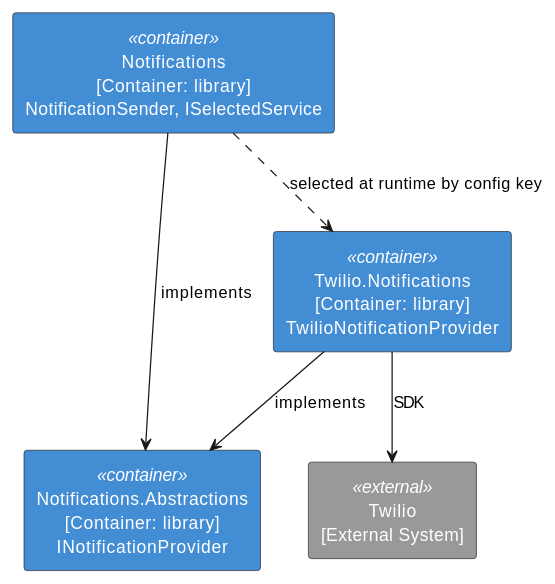
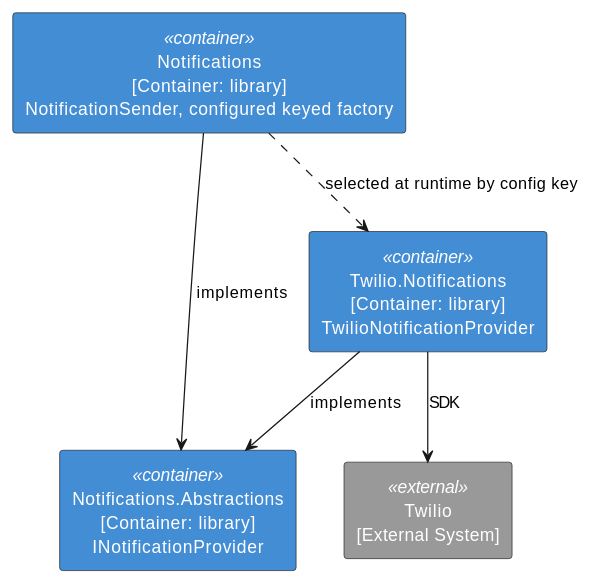
The diagram in docs/patterns-discovery/04-new-project-blueprint/02-new-vendor-adapter.md (OutOfBandDevelopment/dotex), drawn with PlantUML before and after one commit. The commit also changed 35 other files, not shown here.

Commit message:
Replace ISelectedService with a configuration-selected keyed factory

````diff
--- a/docs/patterns-discovery/04-new-project-blueprint/02-new-vendor-adapter.md
+++ b/docs/patterns-discovery/04-new-project-blueprint/02-new-vendor-adapter.md
@@ -36,20 +36,20 @@
 ```plantuml
 @startuml
 skinparam shadowing false
 skinparam defaultTextAlignment center
 skinparam rectangle {
   BackgroundColor<<container>> #438DD5
   FontColor<<container>> white
   BackgroundColor<<external>> #999999
   FontColor<<external>> white
 }
 rectangle "Notifications.Abstractions\n[Container: library]\nINotificationProvider" as Abs <<container>>
-rectangle "Notifications\n[Container: library]\nNotificationSender, ISelectedService" as Impl <<container>>
+rectangle "Notifications\n[Container: library]\nNotificationSender, configured keyed factory" as Impl <<container>>
 rectangle "Twilio.Notifications\n[Container: library]\nTwilioNotificationProvider" as Ad <<container>>
 rectangle "Twilio\n[External System]" as Ext <<external>>
 Impl --> Abs : implements
 Ad --> Abs : implements
 Ad --> Ext : SDK
 Impl ..> Ad : selected at runtime by config key
 @enduml
 ```
````
